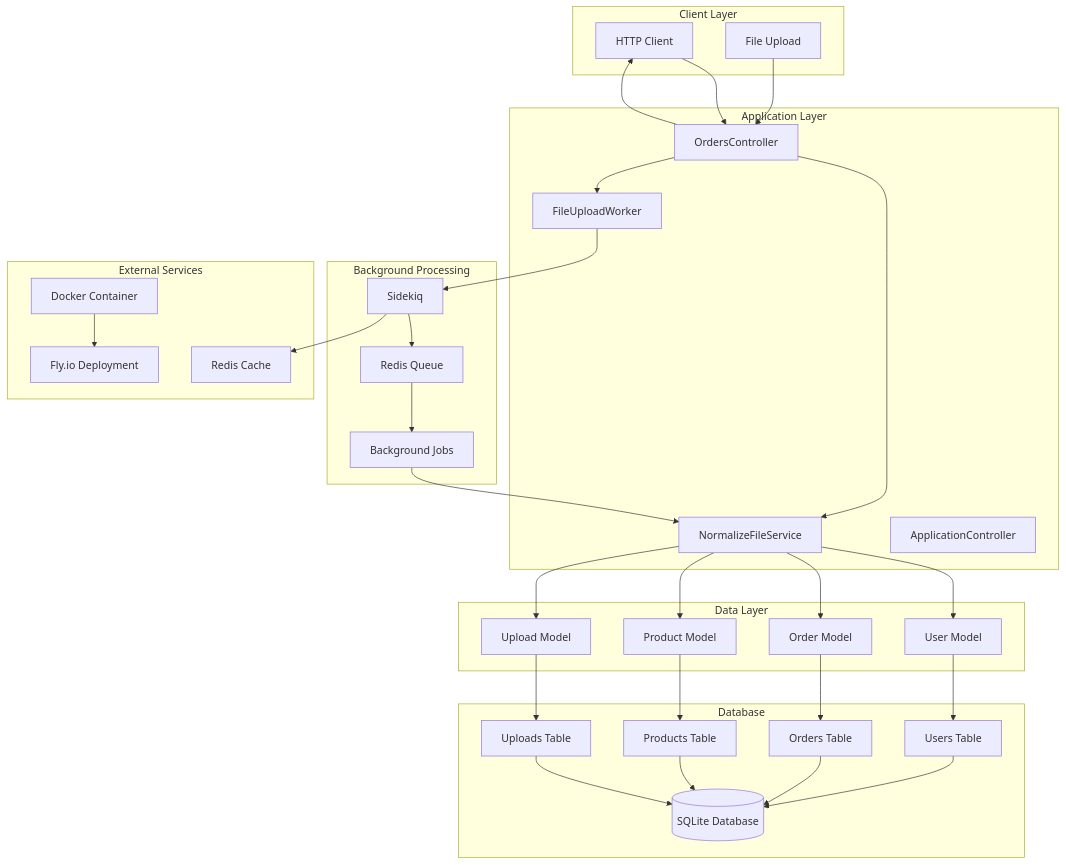
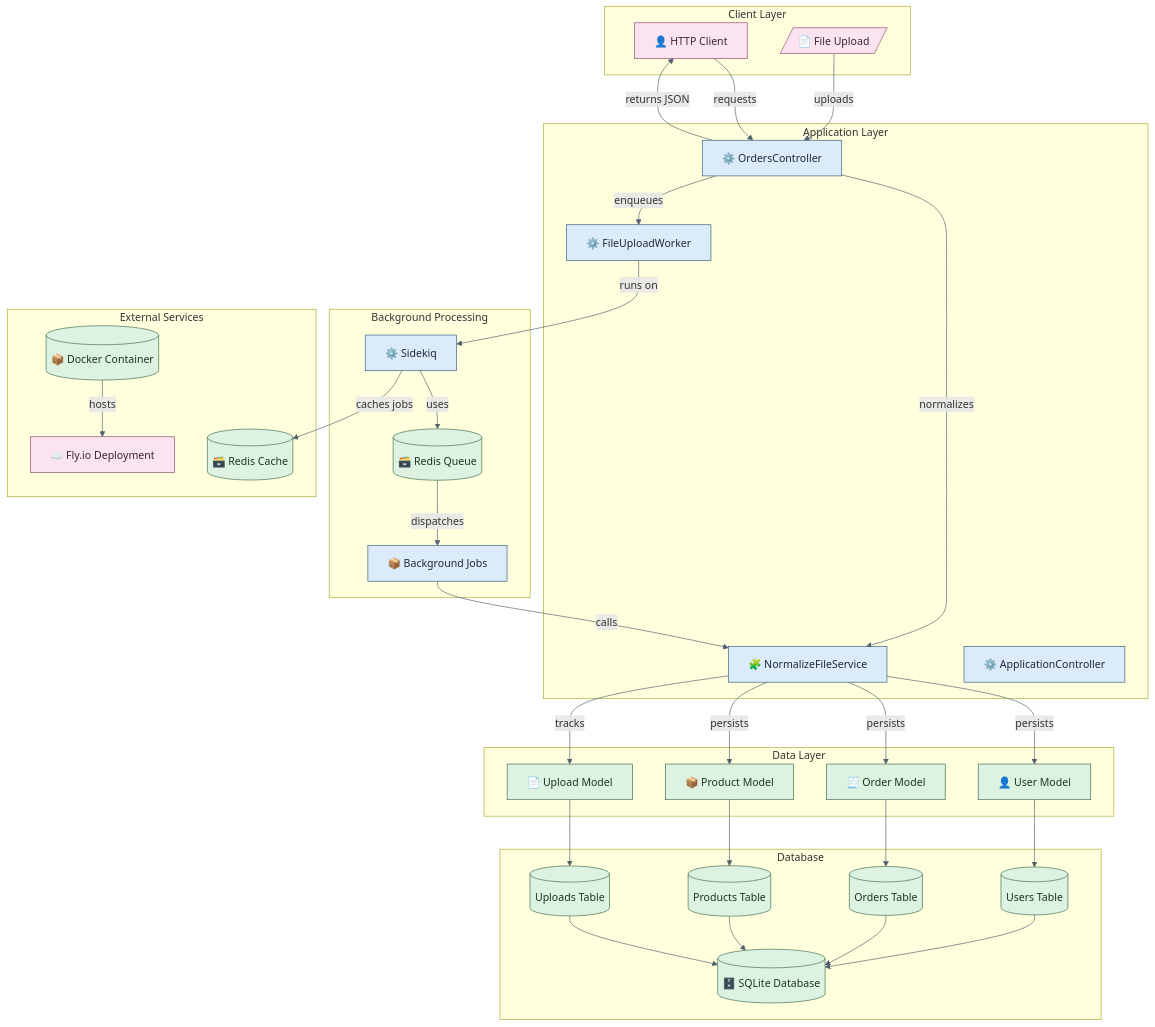
Before and after one commit to enogrob/project-order-normalizer-api: the first of 5 diagrams in README.md, drawn with Mermaid. The commit also changed other lines of this file, not shown here.

Commit message:
update-README

````diff
--- a/README.md
+++ b/README.md
@@ -30,65 +30,73 @@
 ```mermaid
 graph TD
     subgraph "Client Layer"
-        A[HTTP Client]
-        B[File Upload]
+      A["👤 HTTP Client"]
+      B[/"📄 File Upload"/]
     end
 
     subgraph "Application Layer"
-        C[OrdersController]
-        D[NormalizeFileService]
-        E[FileUploadWorker]
-        F[ApplicationController]
+      C["⚙️ OrdersController"]
+      D["🧩 NormalizeFileService"]
+      E["⚙️ FileUploadWorker"]
+      F["⚙️ ApplicationController"]
     end
 
     subgraph "Background Processing"
-        G[Sidekiq]
-        H[Redis Queue]
-        I[Background Jobs]
+      G["⚙️ Sidekiq"]
+      H[("🗃️ Redis Queue")]
+      I["📦 Background Jobs"]
     end
 
     subgraph "Data Layer"
-        J[User Model]
-        K[Order Model]
-        L[Product Model]
-        M[Upload Model]
+      J["👤 User Model"]
+      K["🧾 Order Model"]
+      L["📦 Product Model"]
+      M["📄 Upload Model"]
     end
 
     subgraph "Database"
-        N[(SQLite Database)]
-        O[Users Table]
-        P[Orders Table]
-        Q[Products Table]
-        R[Uploads Table]
+      N[("🗄️ SQLite Database")]
+      O[("Users Table")]
+      P[("Orders Table")]
+      Q[("Products Table")]
+      R[("Uploads Table")]
     end
 
     subgraph "External Services"
-        S[Fly.io Deployment]
-        T[Docker Container]
-        U[Redis Cache]
+      S["☁️ Fly.io Deployment"]
+      T[("📦 Docker Container")]
+      U[("🗃️ Redis Cache")]
     end
 
-    A --> C
-    B --> C
-    C --> D
-    C --> E
-    E --> G
-    G --> H
-    H --> I
-    I --> D
-    D --> J
-    D --> K
-    D --> L
-    D --> M
+    A -->|requests| C
+    B -->|uploads| C
+    C -->|normalizes| D
+    C -->|enqueues| E
+    E -->|runs on| G
+    G -->|uses| H
+    H -->|dispatches| I
+    I -->|calls| D
+    D -->|persists| J
+    D -->|persists| K
+    D -->|persists| L
+    D -->|tracks| M
     J --> O
     K --> P
     L --> Q
     M --> R
     O --> N
     P --> N
     Q --> N
     R --> N
-    G --> U
-    T --> S
-    C --> A
+    G -->|caches jobs| U
+    T -->|hosts| S
+    C -->|returns JSON| A
+
+    classDef process fill:#DCEBFA,stroke:#355C7D,color:#1E293B
+    classDef data fill:#DDF2E1,stroke:#3F6B4F,color:#1E3324
+    classDef external fill:#FBE4F0,stroke:#8E496D,color:#3F2434
+    class A,B,S external
+    class C,D,E,F,G,I process
+    class H,J,K,L,M,N,O,P,Q,R,T,U data
+    linkStyle default stroke:#52606D
 ```
````
